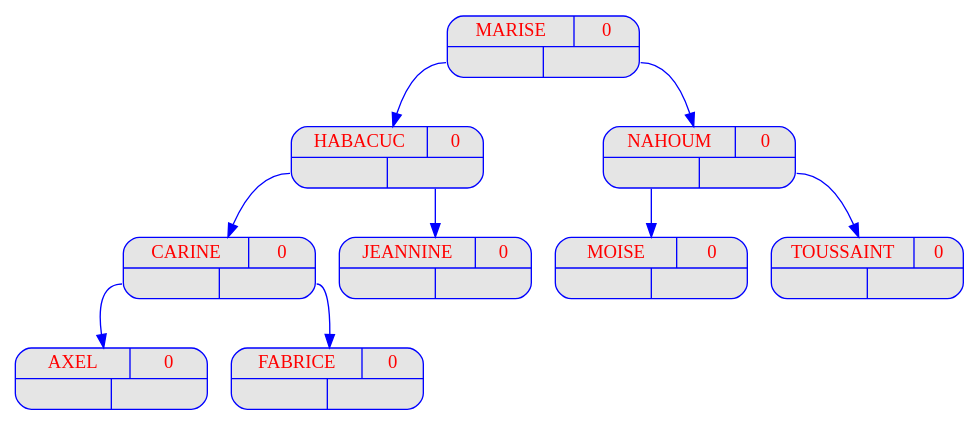
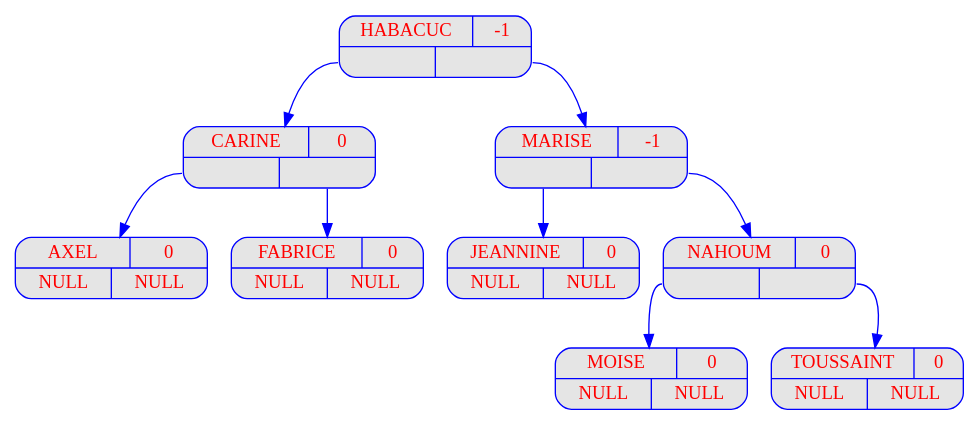
Before and after one commit to benech17/AVL-trees: the diagram in programme1/output/dot/_v08.dot, drawn with Graphviz. The commit also changed 22 other files, not shown here.

```diff
--- a/programme1/output/dot/_v08.dot
+++ b/programme1/output/dot/_v08.dot
@@ -1,83 +1,83 @@
 digraph  {
 	node [
 		fontname  = "Arial bold" 
 		fontsize  = "14"
 		fontcolor = "red"
 		style     = "rounded, filled"
 		shape     = "record"
 		fillcolor = "grey90"
 		color     = "blue"
 		width     = "2"
 	]
 
 	edge [
 		color     = "blue"
 	]
 
-	"MARISE
-" [label = "{{<c> MARISE
- | <b> 0} | { <g> | <d>}}"];
-	"MARISE
-":g -> "HABACUC
-";
-	"HABACUC
-" [label = "{{<c> HABACUC
- | <b> 0} | { <g> | <d>}}"];
-	"HABACUC
-":g -> "CARINE
-";
-	"CARINE
-" [label = "{{<c> CARINE
- | <b> 0} | { <g> | <d>}}"];
-	"CARINE
-":g -> "AXEL
-";
-	"AXEL
-" [label = "{{<c> AXEL
- | <b> 0} | { <g> | <d>}}"];
-	"AXEL
-" [label = "{{<c> AXEL
- | <b> 0} | { <g> | <d>}}"];
-	"CARINE
-":d -> "FABRICE
-";
-	"FABRICE
-" [label = "{{<c> FABRICE
- | <b> 0} | { <g> | <d>}}"];
-	"FABRICE
-" [label = "{{<c> FABRICE
- | <b> 0} | { <g> | <d>}}"];
-	"HABACUC
-":d -> "JEANNINE
-";
-	"JEANNINE
-" [label = "{{<c> JEANNINE
- | <b> 0} | { <g> | <d>}}"];
-	"JEANNINE
-" [label = "{{<c> JEANNINE
- | <b> 0} | { <g> | <d>}}"];
-	"MARISE
-":d -> "NAHOUM
-";
-	"NAHOUM
-" [label = "{{<c> NAHOUM
- | <b> 0} | { <g> | <d>}}"];
-	"NAHOUM
-":g -> "MOISE
-";
-	"MOISE
-" [label = "{{<c> MOISE
- | <b> 0} | { <g> | <d>}}"];
-	"MOISE
-" [label = "{{<c> MOISE
- | <b> 0} | { <g> | <d>}}"];
-	"NAHOUM
-":d -> "TOUSSAINT
-";
-	"TOUSSAINT
-" [label = "{{<c> TOUSSAINT
- | <b> 0} | { <g> | <d>}}"];
-	"TOUSSAINT
-" [label = "{{<c> TOUSSAINT
- | <b> 0} | { <g> | <d>}}"];
+	HABACUC
+ [label = "{{<c> HABACUC
+ | <b> -1}| { <g> | <d>}}"];
+	HABACUC
+:g -> CARINE
+;
+	CARINE
+ [label = "{{<c> CARINE
+ | <b> 0}| { <g> | <d>}}"];
+	CARINE
+:g -> AXEL
+;
+	AXEL
+ [label = "{{<c> AXEL
+ | <b> 0}| { <g> | <d>}}"];
+	AXEL
+ [label = "{{<c> AXEL
+ | <b> 0}| { <g> NULL | <d> NULL}}"];
+	CARINE
+:d -> FABRICE
+;
+	FABRICE
+ [label = "{{<c> FABRICE
+ | <b> 0}| { <g> | <d>}}"];
+	FABRICE
+ [label = "{{<c> FABRICE
+ | <b> 0}| { <g> NULL | <d> NULL}}"];
+	HABACUC
+:d -> MARISE
+;
+	MARISE
+ [label = "{{<c> MARISE
+ | <b> -1}| { <g> | <d>}}"];
+	MARISE
+:g -> JEANNINE
+;
+	JEANNINE
+ [label = "{{<c> JEANNINE
+ | <b> 0}| { <g> | <d>}}"];
+	JEANNINE
+ [label = "{{<c> JEANNINE
+ | <b> 0}| { <g> NULL | <d> NULL}}"];
+	MARISE
+:d -> NAHOUM
+;
+	NAHOUM
+ [label = "{{<c> NAHOUM
+ | <b> 0}| { <g> | <d>}}"];
+	NAHOUM
+:g -> MOISE
+;
+	MOISE
+ [label = "{{<c> MOISE
+ | <b> 0}| { <g> | <d>}}"];
+	MOISE
+ [label = "{{<c> MOISE
+ | <b> 0}| { <g> NULL | <d> NULL}}"];
+	NAHOUM
+:d -> TOUSSAINT
+;
+	TOUSSAINT
+ [label = "{{<c> TOUSSAINT
+ | <b> 0}| { <g> | <d>}}"];
+	TOUSSAINT
+ [label = "{{<c> TOUSSAINT
+ | <b> 0}| { <g> NULL | <d> NULL}}"];
 }
```
